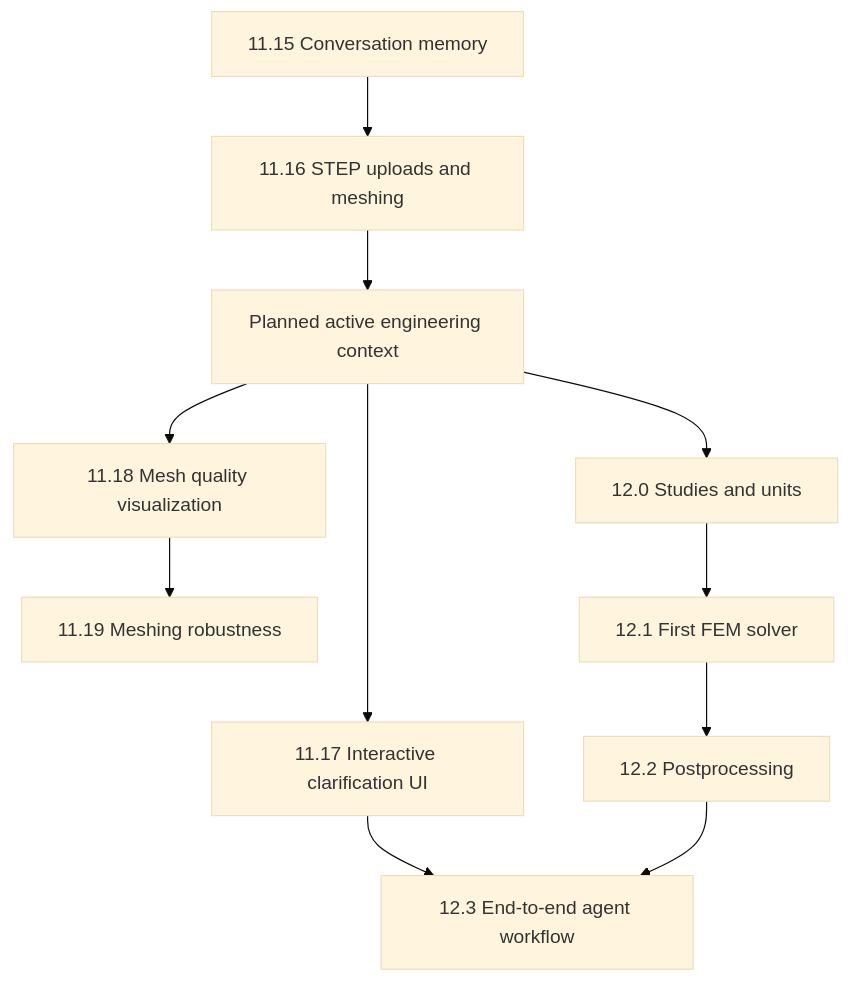
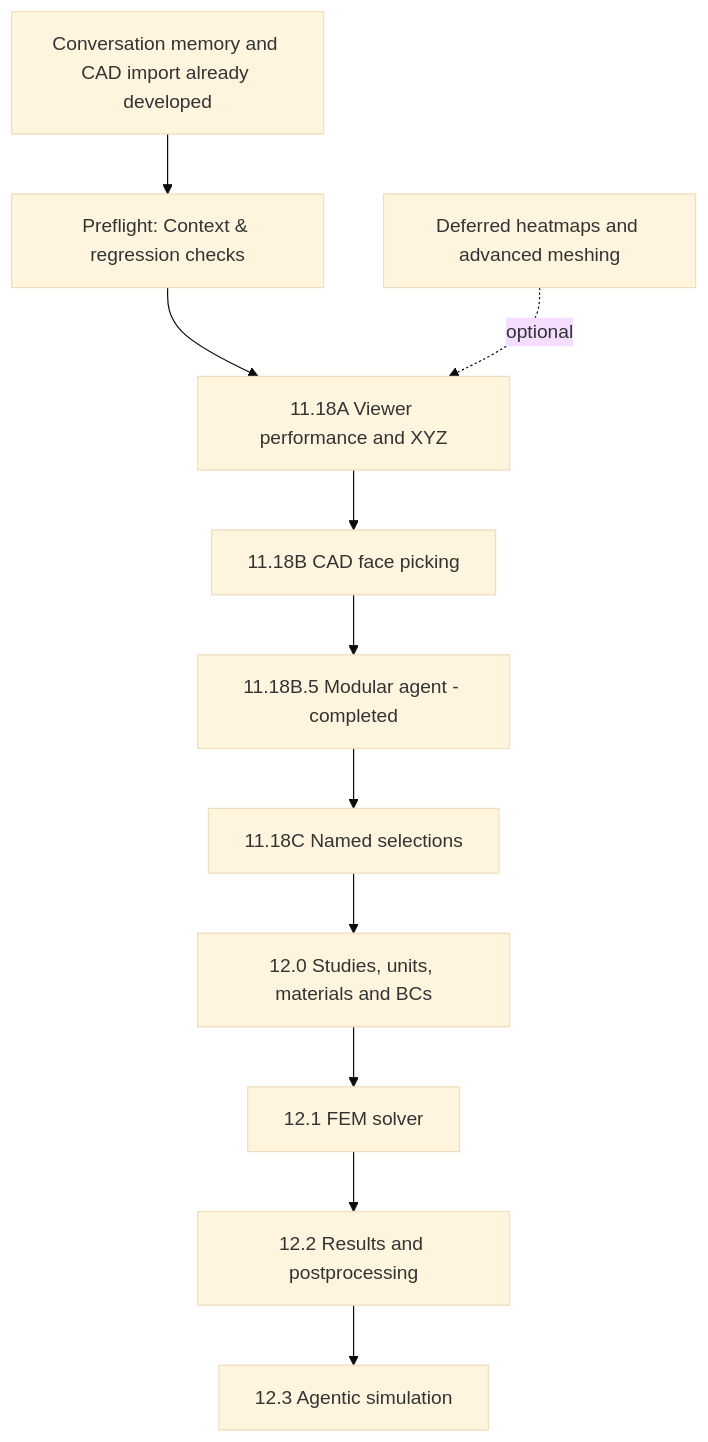
The diagram in docs/SIMASSIST_NEXT_STEPS_ROADMAP.md (tsarikahin/simassist), drawn with Mermaid (base theme) before and after one commit. The commit also changed other lines of this file and 32 other files, not shown here.

````diff
--- a/docs/SIMASSIST_NEXT_STEPS_ROADMAP.md
+++ b/docs/SIMASSIST_NEXT_STEPS_ROADMAP.md
@@ -174,13 +242,13 @@
 ```mermaid
 flowchart TD
-    A[11.15 Conversation memory] --> U[11.16 STEP uploads and meshing]
-    U --> B[Planned active engineering context]
-    B --> C[11.17 Interactive clarification UI]
-    B --> D[11.18 Mesh quality visualization]
-    D --> E[11.19 Meshing robustness]
-    B --> F[12.0 Studies and units]
-    F --> G[12.1 First FEM solver]
-    G --> H[12.2 Postprocessing]
-    C --> I[12.3 End-to-end agent workflow]
-    H --> I
+    A[Preflight: Context & regression checks] --> B[11.18A Viewer performance and XYZ]
+    B --> C[11.18B CAD face picking]
+    C --> M[11.18B.5 Modular agent - completed]
+    M --> D[11.18C Named selections]
+    D --> E[12.0 Studies, units, materials and BCs]
+    E --> F[12.1 FEM solver]
+    F --> G[12.2 Results and postprocessing]
+    G --> H[12.3 Agentic simulation]
+    I[Conversation memory and CAD import already developed] --> A
+    J[Deferred heatmaps and advanced meshing] -. optional .-> B
 ```
````
